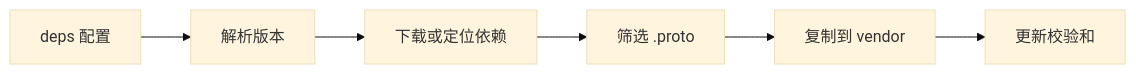
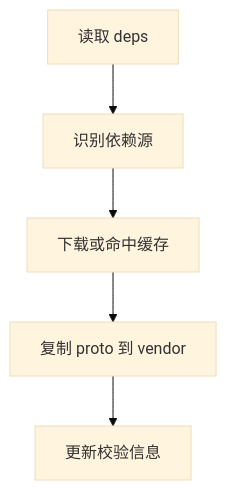
Before and after one commit to pubgo/protobuild: the fourth of 5 diagrams in docs/DESIGN.md, drawn with Mermaid (base theme). The commit also changed other lines of this file and 9 other files, not shown here.

````diff
--- a/docs/DESIGN.md
+++ b/docs/DESIGN.md
@@ -113,8 +65,7 @@
 ```mermaid
-flowchart LR
-  V1[deps 配置] --> V2[解析版本]
-  V2 --> V3[下载或定位依赖]
-  V3 --> V4[筛选 .proto]
-  V4 --> V5[复制到 vendor]
-  V5 --> V6[更新校验和]
+flowchart TD
+  A[读取 deps] --> B[识别依赖源]
+  B --> C[下载或命中缓存]
+  C --> D[复制 proto 到 vendor]
+  D --> E[更新校验信息]
 ```
````
